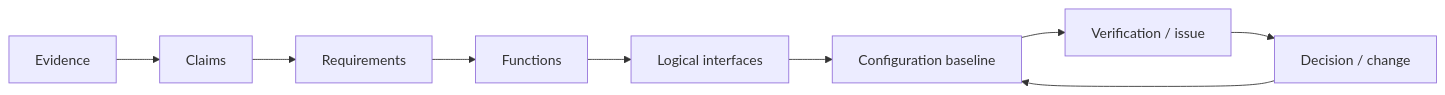
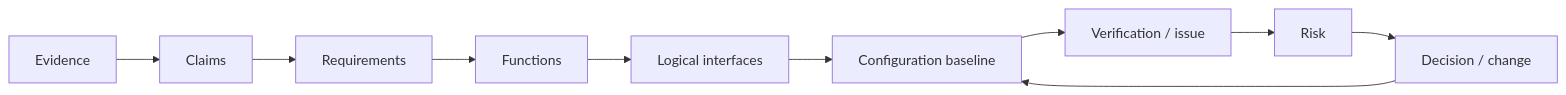
One commit to razaumair2203-ux/Super-Mushshak-Glass-Cockpit-Modification changed the diagram in docs/digital-twin.md. Above: the diagram before and after it, drawn with Mermaid. The commit also changed other lines of this file, not shown here.

Commit message:
Turn digital-twin follow-on into an executable digital-thread roadmap

```diff
--- a/docs/digital-twin.md
+++ b/docs/digital-twin.md
@@ -37,11 +77,12 @@
 ~~~mermaid
 flowchart LR
     E[Evidence] --> C[Claims]
     C --> R[Requirements]
     R --> F[Functions]
     F --> I[Logical interfaces]
     I --> B[Configuration baseline]
     B --> V[Verification / issue]
-    V --> D[Decision / change]
+    V --> K[Risk]
+    K --> D[Decision / change]
     D --> B
 ~~~
```
